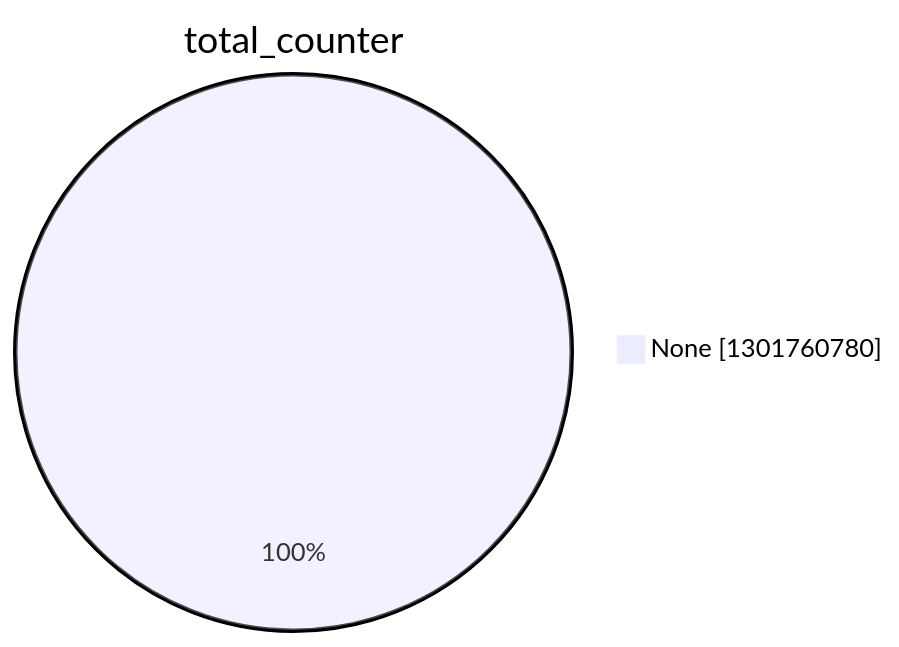
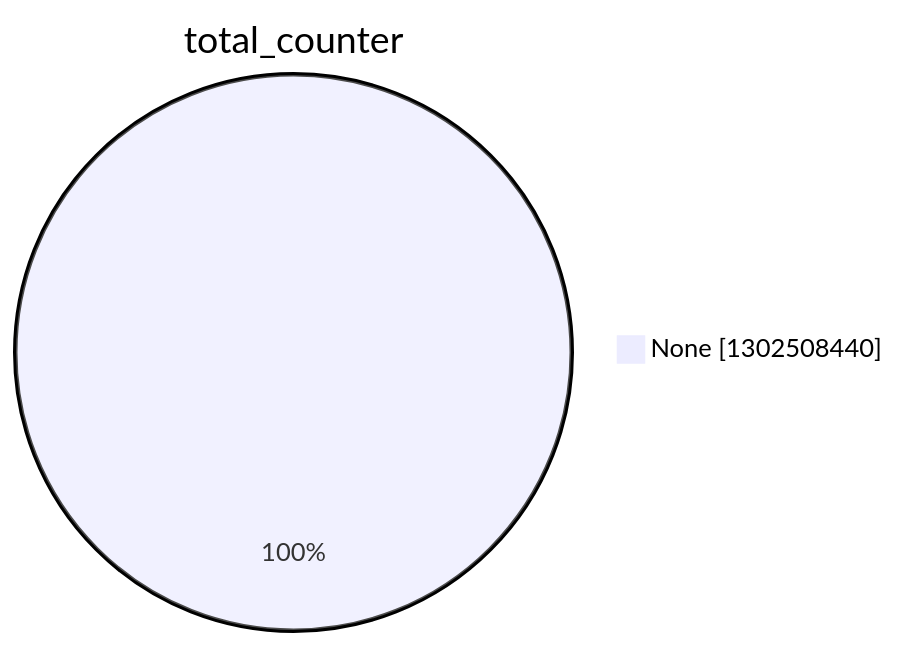
Before and after one commit to christiankrug/ctmonitor_visualization: the second of 15 diagrams in argon2022/README.md, drawn with Mermaid. The commit also changed other lines of this file, not shown here.

````diff
--- a/argon2022/README.md
+++ b/argon2022/README.md
@@ -9,5 +9,5 @@
 ```mermaid
 pie showData
 title total_counter
-"None" :1301760780
+"None" :1302508440
 ```
````
